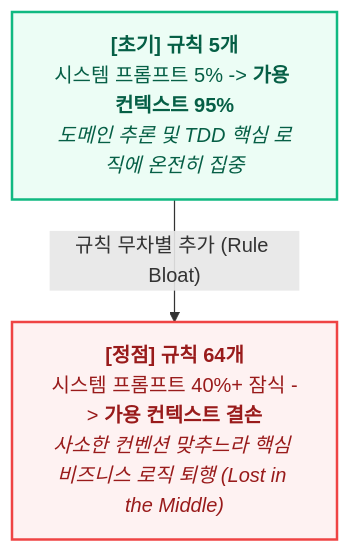
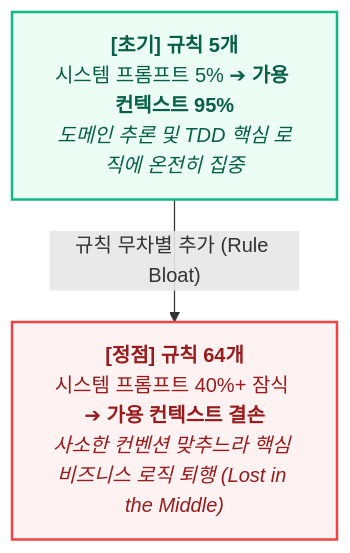
The first of 2 diagrams in _posts/tech/ai-agent-architecture/7 규칙이 64개나 있는데 왜 코드를 못 짜니.md (tomato-vault/tomato-vault.github.io), drawn with Mermaid before and after one commit. The commit also changed other lines of this file and 19 other files, not shown here.

First line of the commit message:
Refactor ontology engineering documentation with enhanced diagrams and clarity

````diff
--- a/_posts/tech/ai-agent-architecture/7 규칙이 64개나 있는데 왜 코드를 못 짜니.md
+++ b/_posts/tech/ai-agent-architecture/7 규칙이 64개나 있는데 왜 코드를 못 짜니.md
@@ -37,11 +37,11 @@
 ```mermaid
 flowchart TD
     classDef good fill:#ecfdf5,stroke:#10b981,stroke-width:2px,color:#065f46
     classDef bad fill:#fef2f2,stroke:#ef4444,stroke-width:2px,color:#991b1b
 
-    A["<b>[초기] 규칙 5개</b><br/>시스템 프롬프트 5% -> <b>가용 컨텍스트 95%</b><br/><i>도메인 추론 및 TDD 핵심 로직에 온전히 집중</i>"]:::good
+    A["<b>[초기] 규칙 5개</b><br/>시스템 프롬프트 5% ➔ <b>가용 컨텍스트 95%</b><br/><i>도메인 추론 및 TDD 핵심 로직에 온전히 집중</i>"]:::good
     
     A -->|"규칙 무차별 추가 (Rule Bloat)"| B
 
-    B["<b>[정점] 규칙 64개</b><br/>시스템 프롬프트 40%+ 잠식 -> <b>가용 컨텍스트 결손</b><br/><i>사소한 컨벤션 맞추느라 핵심 비즈니스 로직 퇴행 (Lost in the Middle)</i>"]:::bad
+    B["<b>[정점] 규칙 64개</b><br/>시스템 프롬프트 40%+ 잠식 ➔ <b>가용 컨텍스트 결손</b><br/><i>사소한 컨벤션 맞추느라 핵심 비즈니스 로직 퇴행 (Lost in the Middle)</i>"]:::bad
 ```
````
